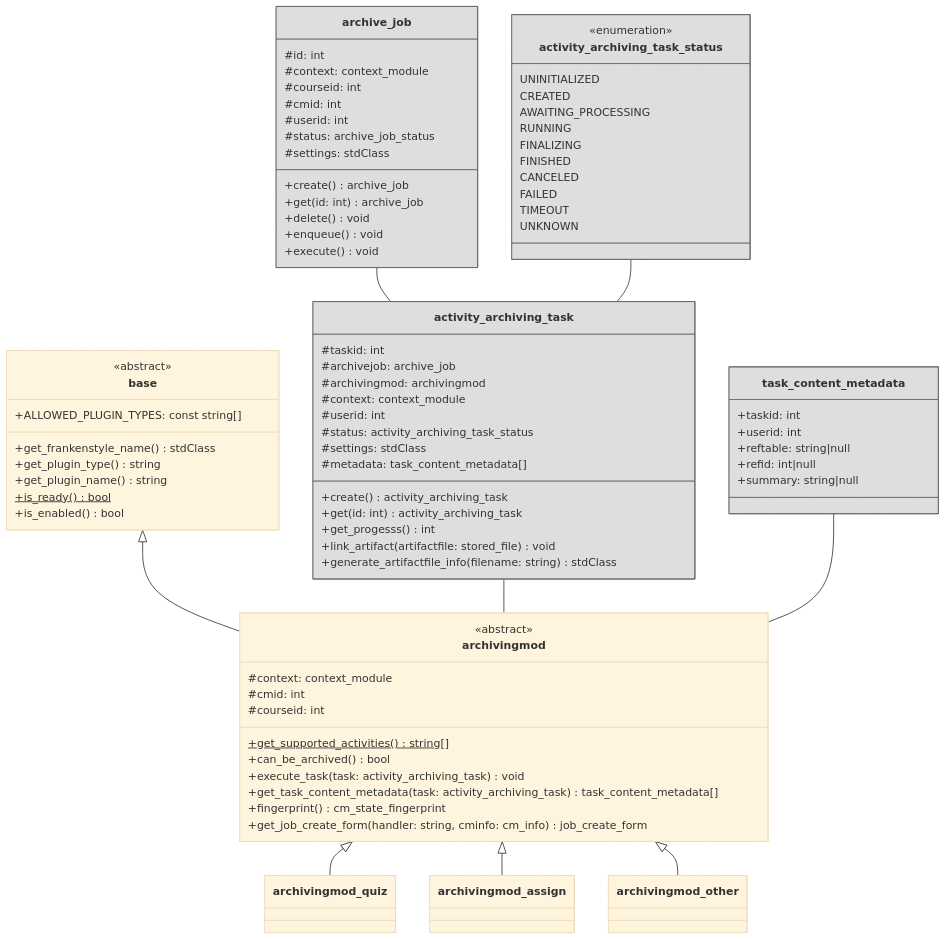
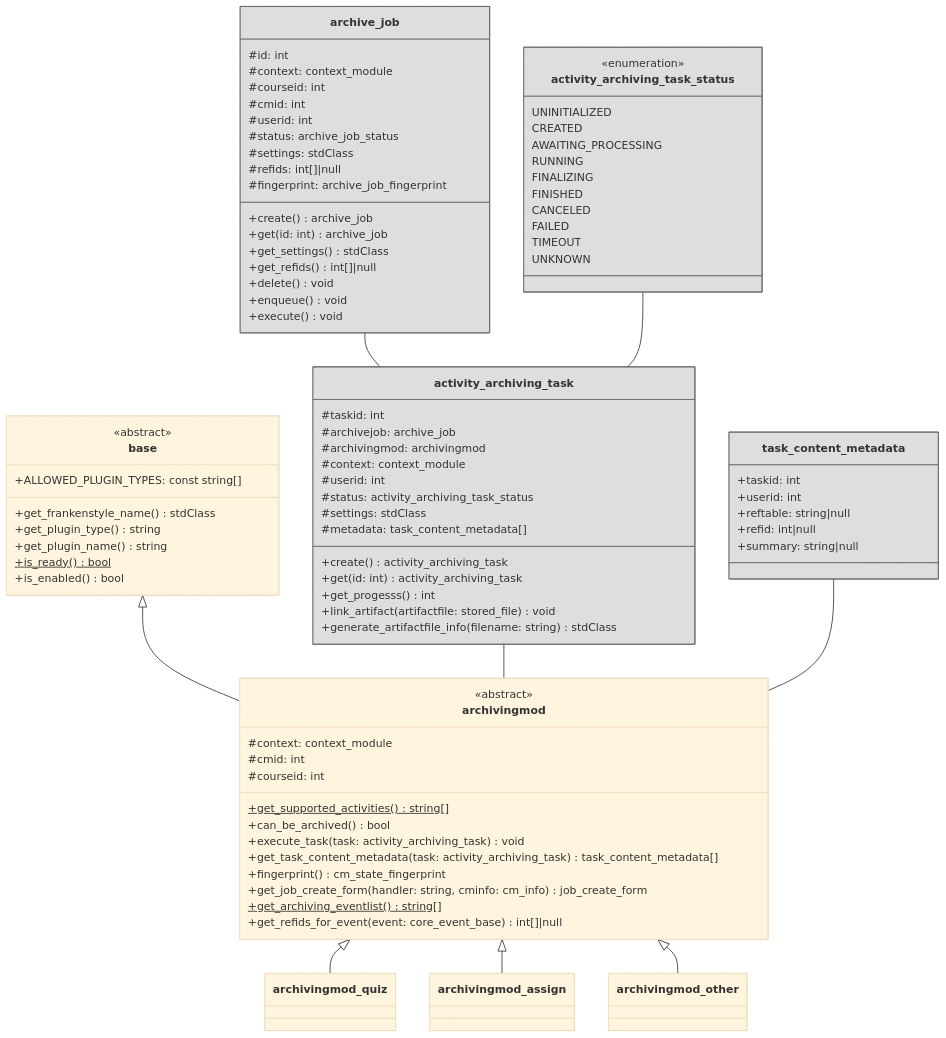
One commit to ngandrass/moodle-local_archiving changed the diagram in docs/dev/api/activity-archiving-drivers.md. Above: the diagram before and after it, drawn with Mermaid (base theme). The commit also changed other lines of this file, not shown here.

Commit message:
docs: Describe partial archiving and event handling in activity archiving driver API dev docs

```diff
--- a/docs/dev/api/activity-archiving-drivers.md
+++ b/docs/dev/api/activity-archiving-drivers.md
@@ -31,6 +31,8 @@
         +get_task_content_metadata(task: activity_archiving_task) task_content_metadata[]
         +fingerprint() cm_state_fingerprint
         +get_job_create_form(handler: string, cminfo: cm_info) job_create_form
+        +get_archiving_eventlist()$ string[]
+        +get_refids_for_event(event: core_event_base) int[]|null
     }
     
     class base {
@@ -86,9 +88,13 @@
         #userid: int
         #status: archive_job_status
         #settings: stdClass
+        #refids: int[]|null
+        #fingerprint: archive_job_fingerprint
         
         +create() archive_job
         +get(id: int) archive_job
+        +get_settings() stdClass
+        +get_refids() int[]|null
         +delete() void
         +enqueue() void
         +execute() void
```
